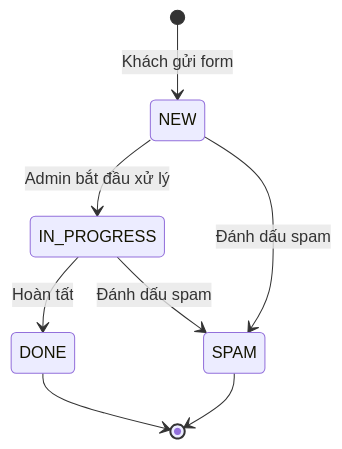
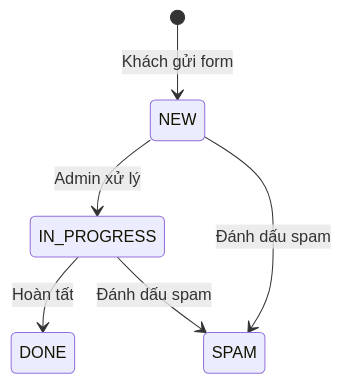
Diagram 11 of 13 in docs/Bao-cao-Phuong-an-2-Website-Thien-Duc.md (CESxMidas/thien-duc-website-frontend), drawn with Mermaid before and after one commit. The commit also changed other lines of this file and 23 other files, not shown here.

````diff
--- a/docs/Bao-cao-Phuong-an-2-Website-Thien-Duc.md
+++ b/docs/Bao-cao-Phuong-an-2-Website-Thien-Duc.md
@@ -652,10 +580,8 @@
 ```mermaid
 stateDiagram-v2
     [*] --> NEW: Khách gửi form
-    NEW --> IN_PROGRESS: Admin bắt đầu xử lý
+    NEW --> IN_PROGRESS: Admin xử lý
     IN_PROGRESS --> DONE: Hoàn tất
     NEW --> SPAM: Đánh dấu spam
     IN_PROGRESS --> SPAM: Đánh dấu spam
-    DONE --> [*]
-    SPAM --> [*]
 ```
````
